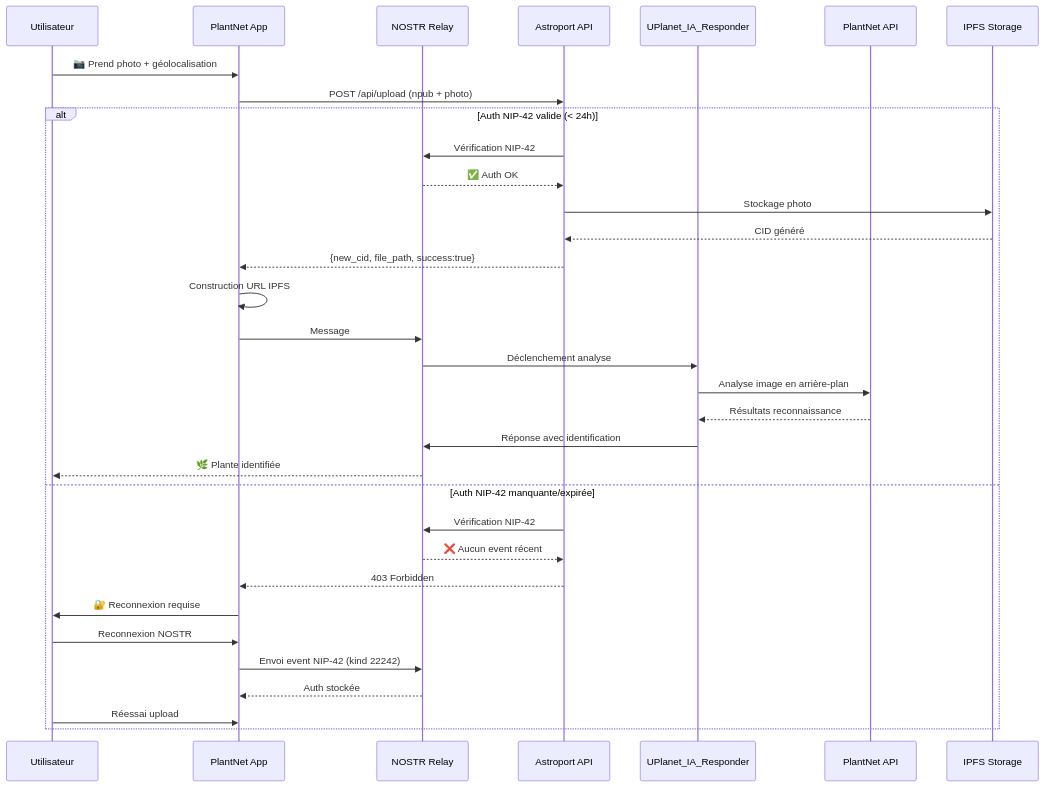
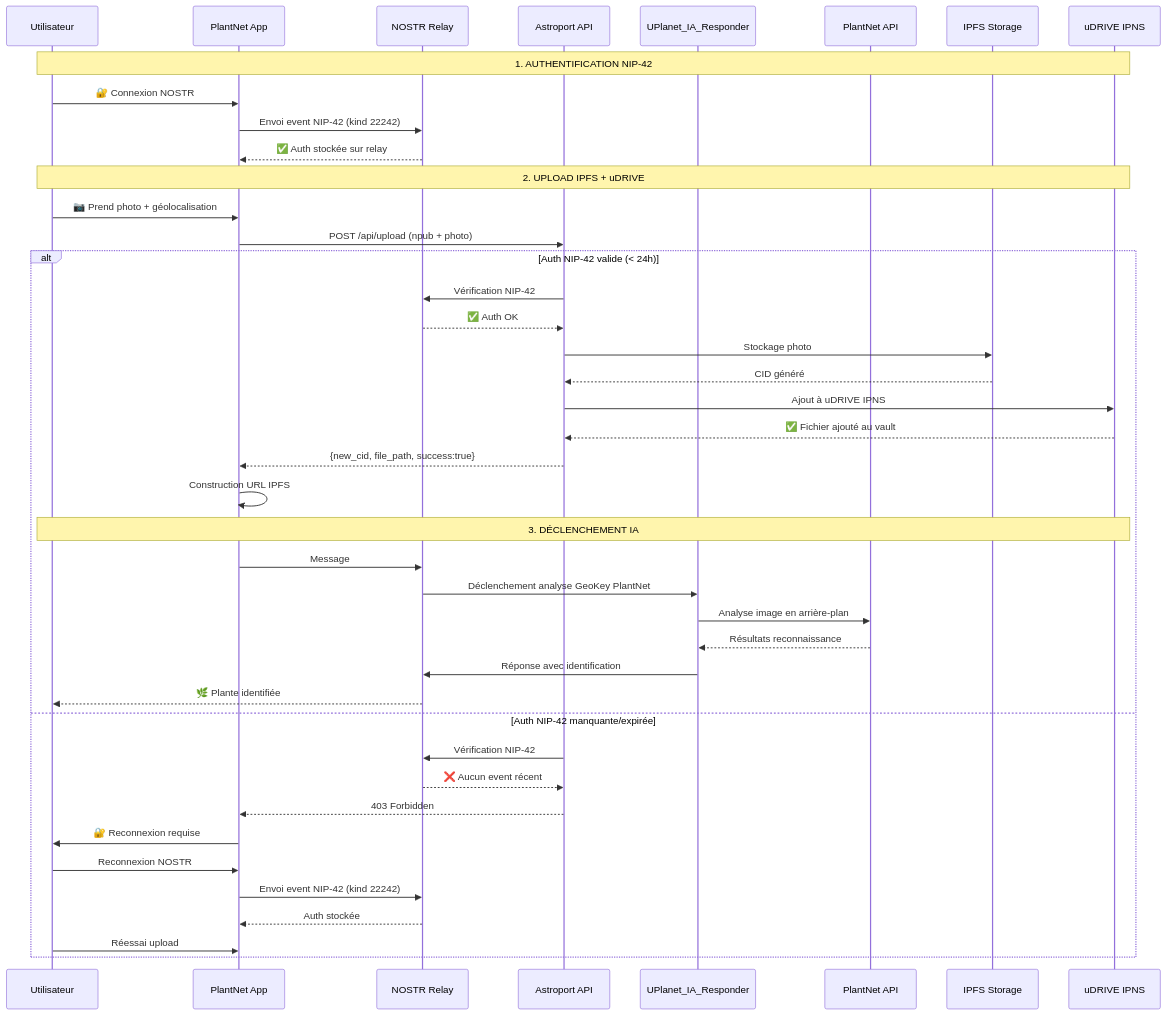
The seventh of 11 diagrams in API.NOSTRAuth.readme.md (papiche/Astroport.ONE), drawn with Mermaid before and after one commit. The commit also changed other lines of this file, not shown here.

````diff
--- a/API.NOSTRAuth.readme.md
+++ b/API.NOSTRAuth.readme.md
@@ -759,37 +784,48 @@
 ```mermaid
 sequenceDiagram
     participant User as Utilisateur
     participant App as PlantNet App
     participant Relay as NOSTR Relay
     participant API as Astroport API
     participant IA as UPlanet_IA_Responder
     participant PlantNet as PlantNet API
     participant IPFS as IPFS Storage
+    participant uDRIVE as uDRIVE IPNS
     
+    Note over User, uDRIVE: 1. AUTHENTIFICATION NIP-42
+    User->>App: 🔐 Connexion NOSTR
+    App->>Relay: Envoi event NIP-42 (kind 22242)
+    Relay-->>App: ✅ Auth stockée sur relay
+    
+    Note over User, uDRIVE: 2. UPLOAD IPFS + uDRIVE
     User->>App: 📷 Prend photo + géolocalisation
     App->>API: POST /api/upload (npub + photo)
     
     alt Auth NIP-42 valide (< 24h)
         API->>Relay: Vérification NIP-42
         Relay-->>API: ✅ Auth OK
         API->>IPFS: Stockage photo
         IPFS-->>API: CID généré
+        API->>uDRIVE: Ajout à uDRIVE IPNS
+        uDRIVE-->>API: ✅ Fichier ajouté au vault
         API-->>App: {new_cid, file_path, success:true}
         App->>App: Construction URL IPFS
-        App->>Relay: Message #BRO #plantnet + URL
-        Relay->>IA: Déclenchement analyse
+        
+        Note over User, uDRIVE: 3. DÉCLENCHEMENT IA
+        App->>Relay: Message #BRO #plantnet + URL + GPS
+        Relay->>IA: Déclenchement analyse GeoKey PlantNet
         IA->>PlantNet: Analyse image en arrière-plan
         PlantNet-->>IA: Résultats reconnaissance
         IA->>Relay: Réponse avec identification
         Relay-->>User: 🌿 Plante identifiée
     else Auth NIP-42 manquante/expirée
         API->>Relay: Vérification NIP-42
         Relay-->>API: ❌ Aucun event récent
         API-->>App: 403 Forbidden
         App->>User: 🔐 Reconnexion requise
         User->>App: Reconnexion NOSTR
         App->>Relay: Envoi event NIP-42 (kind 22242)
         Relay-->>App: Auth stockée
         User->>App: Réessai upload
     end
 ```
````
